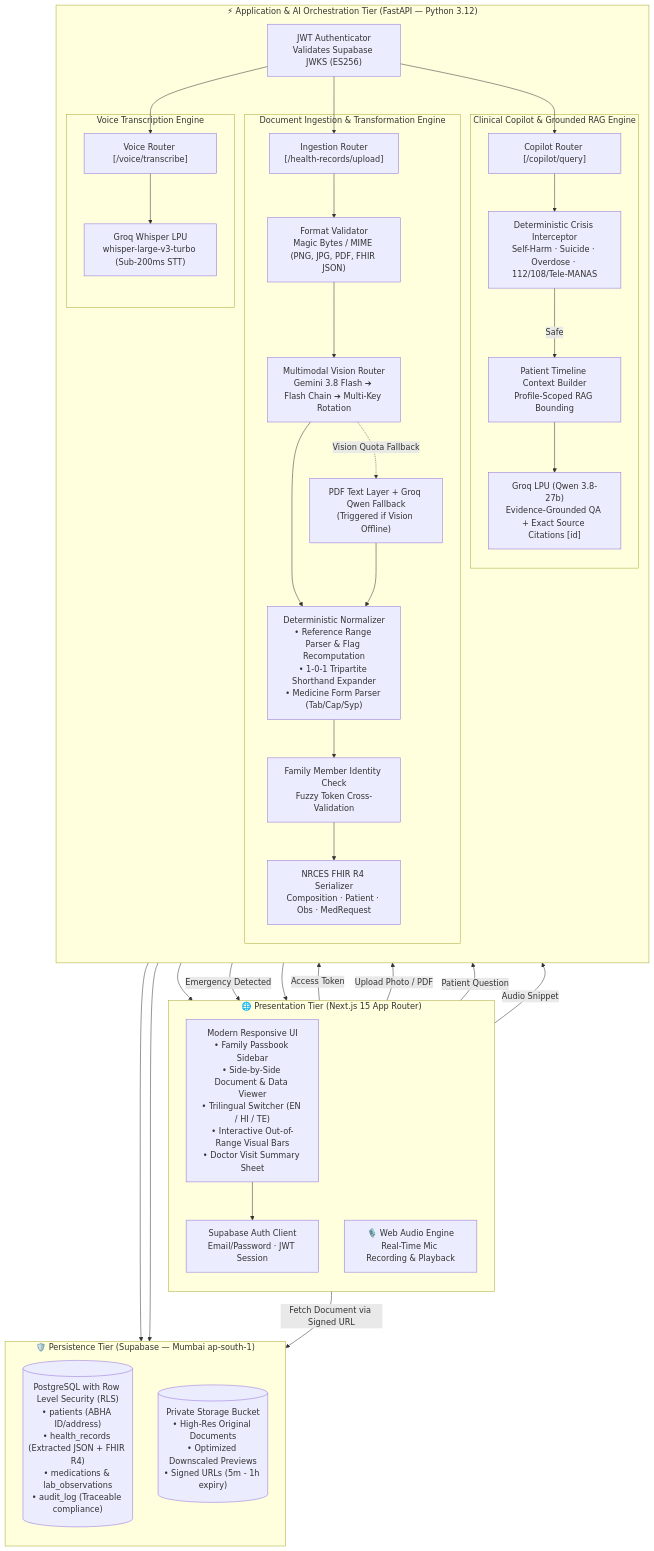
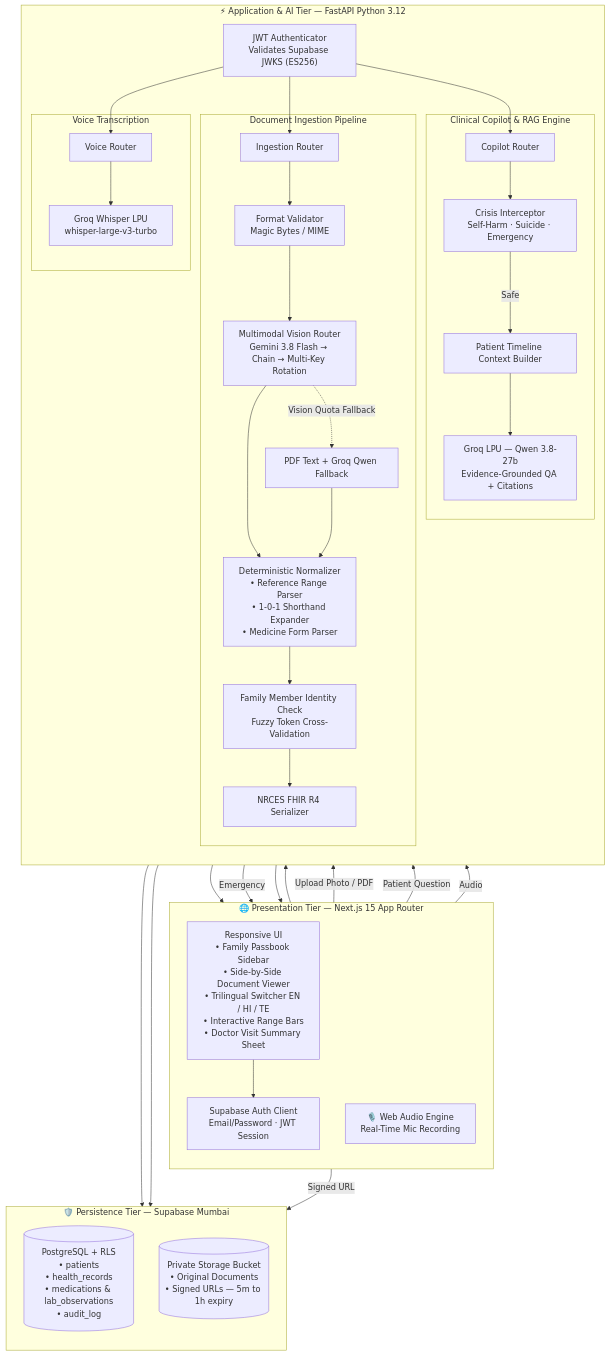
The second of 6 diagrams in README.md (Amith-Gupta/Personal-Health-Copilot), drawn with Mermaid before and after one commit. The commit also changed other lines of this file and 3 other files, not shown here.

````diff
--- a/README.md
+++ b/README.md
@@ -57,70 +108,61 @@
 ```mermaid
 flowchart TB
-  subgraph ClientTier["🌐 Presentation Tier (Next.js 15 App Router)"]
-    direction TB
-    UI["Modern Responsive UI\n• Family Passbook Sidebar\n• Side-by-Side Document & Data Viewer\n• Trilingual Switcher (EN / HI / TE)\n• Interactive Out-of-Range Visual Bars\n• Doctor Visit Summary Sheet"]
-    VoiceEngine["🎙️ Web Audio Engine\nReal-Time Mic Recording & Playback"]
-    AuthClient["Supabase Auth Client\nEmail/Password · JWT Session"]
-  end
-
-  subgraph APITier["⚡ Application & AI Orchestration Tier (FastAPI — Python 3.12)"]
-    direction TB
-    JWTGuard["JWT Authenticator\nValidates Supabase JWKS (ES256)"]
-    
-    subgraph IngestionPipeline["Document Ingestion & Transformation Engine"]
-      IngestRouter["Ingestion Router\n[/health-records/upload]"]
-      DocClassifier["Format Validator\nMagic Bytes / MIME (PNG, JPG, PDF, FHIR JSON)"]
-      OCRRouter["Multimodal Vision Router\nGemini 3.8 Flash ➔ Flash Chain ➔ Multi-Key Rotation"]
-      PDFTextFallback["PDF Text Layer + Groq Qwen Fallback\n(Triggered if Vision Offline)"]
-      RegexCleaner["Deterministic Normalizer\n• Reference Range Parser & Flag Recomputation\n• 1-0-1 Tripartite Shorthand Expander\n• Medicine Form Parser (Tab/Cap/Syp)"]
-      NameMatcher["Family Member Identity Check\nFuzzy Token Cross-Validation"]
-      FHIRGen["NRCES FHIR R4 Serializer\nComposition · Patient · Obs · MedRequest"]
+    subgraph Client["🌐 Presentation Tier — Next.js 15 App Router"]
+        direction TB
+        UI["Responsive UI<br/>• Family Passbook Sidebar<br/>• Side-by-Side Document Viewer<br/>• Trilingual Switcher EN / HI / TE<br/>• Interactive Range Bars<br/>• Doctor Visit Summary Sheet"]
+        Voice["🎙️ Web Audio Engine<br/>Real-Time Mic Recording"]
+        Auth["Supabase Auth Client<br/>Email/Password · JWT Session"]
     end
 
-    subgraph CopilotPipeline["Clinical Copilot & Grounded RAG Engine"]
-      CopilotRouter["Copilot Router [/copilot/query]"]
-      CrisisGuard["Deterministic Crisis Interceptor\nSelf-Harm · Suicide · Overdose · 112/108/Tele-MANAS"]
-      TimelineContext["Patient Timeline Context Builder\nProfile-Scoped RAG Bounding"]
-      GroqLLM["Groq LPU (Qwen 3.8-27b)\nEvidence-Grounded QA + Exact Source Citations [id]"]
+    subgraph API["⚡ Application & AI Tier — FastAPI Python 3.12"]
+        direction TB
+        JWT["JWT Authenticator<br/>Validates Supabase JWKS (ES256)"]
+
+        subgraph Ingest["Document Ingestion Pipeline"]
+            Router["Ingestion Router"]
+            Classify["Format Validator<br/>Magic Bytes / MIME"]
+            OCR["Multimodal Vision Router<br/>Gemini 3.8 Flash → Chain → Multi-Key Rotation"]
+            Fallback["PDF Text + Groq Qwen Fallback"]
+            Regex["Deterministic Normalizer<br/>• Reference Range Parser<br/>• 1-0-1 Shorthand Expander<br/>• Medicine Form Parser"]
+            Name["Family Member Identity Check<br/>Fuzzy Token Cross-Validation"]
+            FHIR["NRCES FHIR R4 Serializer"]
+        end
+
+        subgraph Copilot["Clinical Copilot & RAG Engine"]
+            CRouter["Copilot Router"]
+            Crisis["Crisis Interceptor<br/>Self-Harm · Suicide · Emergency"]
+            Timeline["Patient Timeline Context Builder"]
+            LLM["Groq LPU — Qwen 3.8-27b<br/>Evidence-Grounded QA + Citations"]
+        end
+
+        subgraph VoiceAPI["Voice Transcription"]
+            VRouter["Voice Router"]
+            Whisper["Groq Whisper LPU<br/>whisper-large-v3-turbo"]
+        end
     end
 
-    subgraph VoicePipeline["Voice Transcription Engine"]
-      VoiceRouter["Voice Router [/voice/transcribe]"]
-      GroqWhisper["Groq Whisper LPU\nwhisper-large-v3-turbo (Sub-200ms STT)"]
+    subgraph Data["🛡️ Persistence Tier — Supabase Mumbai"]
+        direction TB
+        DB[("PostgreSQL + RLS<br/>• patients<br/>• health_records<br/>• medications & lab_observations<br/>• audit_log")]
+        Storage[("Private Storage Bucket<br/>• Original Documents<br/>• Signed URLs — 5m to 1h expiry")]
     end
-  end
 
-  subgraph DataTier["🛡️ Persistence Tier (Supabase — Mumbai ap-south-1)"]
-    direction TB
-    PostgresRLS[("PostgreSQL with Row Level Security (RLS)\n• patients (ABHA ID/address)\n• health_records (Extracted JSON + FHIR R4)\n• medications & lab_observations\n• audit_log (Traceable compliance)")]
-    SecureBucket[("Private Storage Bucket\n• High-Res Original Documents\n• Optimized Downscaled Previews\n• Signed URLs (5m - 1h expiry)")]
-  end
+    UI --> Auth --> JWT
+    UI -- "Upload Photo / PDF" --> Router
+    UI -- "Patient Question" --> CRouter
+    Voice -- "Audio" --> VRouter
 
-  %% Client interactions
-  UI --> AuthClient
-  AuthClient -- "Access Token" --> JWTGuard
-  UI -- "Upload Photo / PDF" --> IngestRouter
-  UI -- "Patient Question" --> CopilotRouter
-  VoiceEngine -- "Audio Snippet" --> VoiceRouter
+    JWT --> Router --> Classify --> OCR
+    OCR -. "Vision Quota Fallback" .-> Fallback
+    OCR --> Regex
+    Fallback --> Regex
+    Regex --> Name --> FHIR --> DB
+    Router --> Storage
 
-  %% Ingestion Flow
-  JWTGuard --> IngestRouter --> DocClassifier --> OCRRouter
-  OCRRouter -. "Vision Quota Fallback" .-> PDFTextFallback
-  OCRRouter --> RegexCleaner
-  PDFTextFallback --> RegexCleaner
-  RegexCleaner --> NameMatcher --> FHIRGen
-  FHIRGen --> PostgresRLS
-  IngestRouter --> SecureBucket
+    JWT --> CRouter --> Crisis
+    Crisis -- "Safe" --> Timeline --> LLM --> UI
+    Crisis -- "Emergency" --> UI
 
-  %% Copilot Flow
-  JWTGuard --> CopilotRouter --> CrisisGuard
-  CrisisGuard -- "Safe" --> TimelineContext --> GroqLLM
-  GroqLLM --> UI
-  CrisisGuard -- "Emergency Detected" --> UI
-
-  %% Voice Flow
-  JWTGuard --> VoiceRouter --> GroqWhisper --> UI
-
-  %% Media Access
-  UI -- "Fetch Document via Signed URL" --> SecureBucket
+    JWT --> VRouter --> Whisper --> UI
+    UI -- "Signed URL" --> Storage
 ```
````
